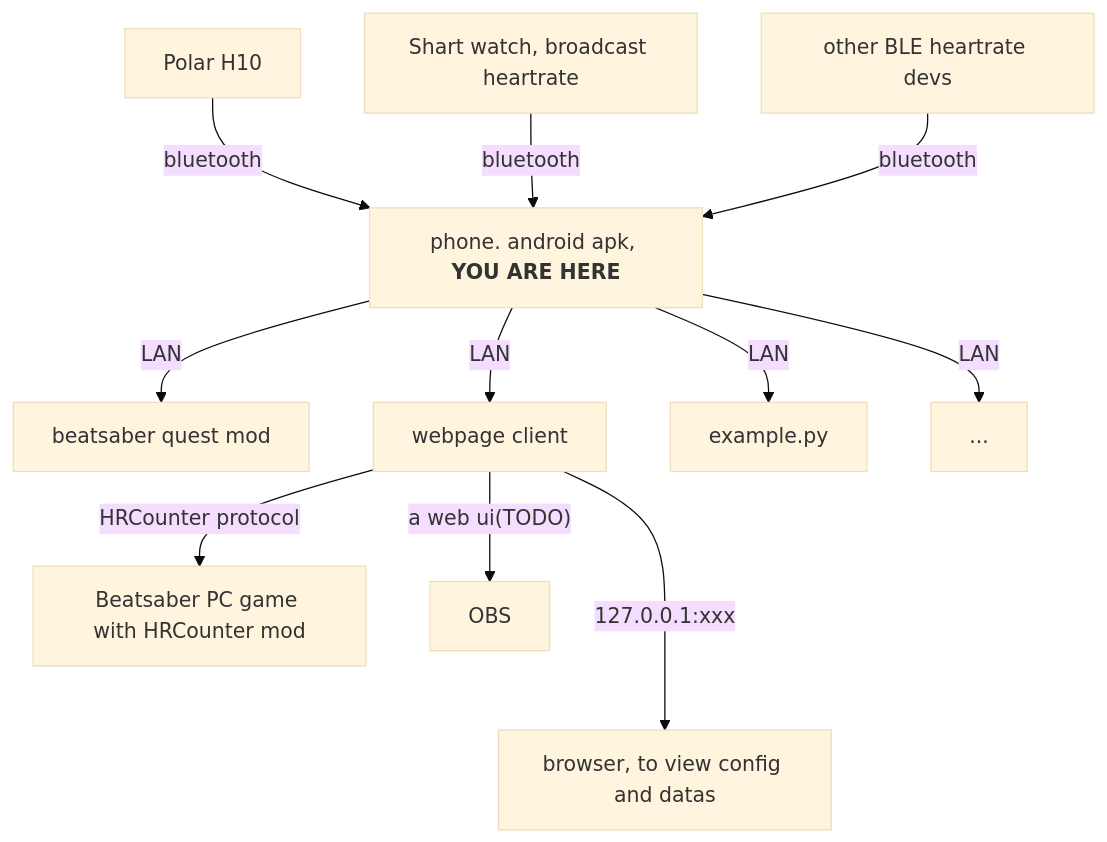
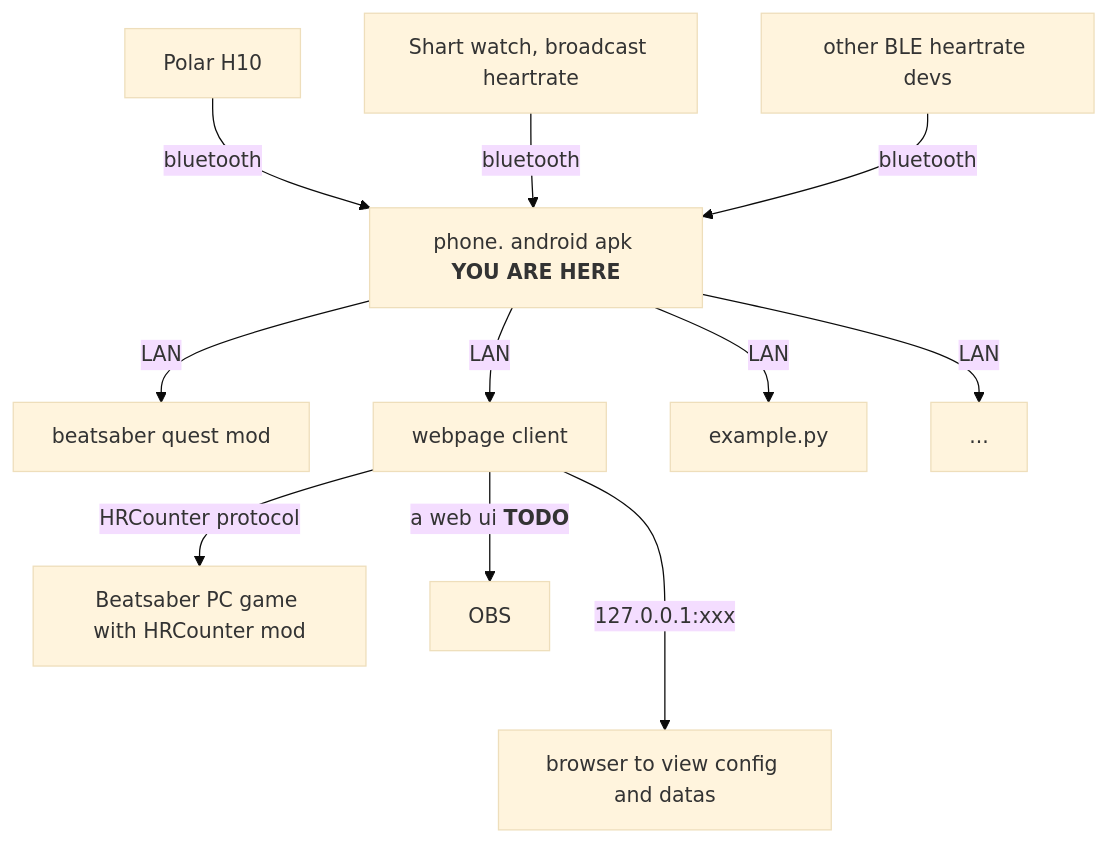
The diagram in README.md (frto027/HeartbeatLanServer), drawn with Mermaid (base theme) before and after one commit.

````diff
--- a/README.md
+++ b/README.md
@@ -13,24 +13,24 @@
 ```mermaid
 graph TD;
     POLAR_H10[Polar H10]
     SMART_WATCH[Shart watch, broadcast heartrate]
     BLE_DEV[other BLE heartrate devs]
-    PHONE[phone. android apk, <b>YOU ARE HERE</b>]
+    PHONE[phone. android apk <b>YOU ARE HERE</b>]
     BEATSABER[beatsaber quest mod]
     PCAPP[webpage client]
     BEATSABER_PC[Beatsaber PC game with HRCounter mod]
-    BROWSER[browser, to view config and datas]
+    BROWSER[browser to view config and datas]
 
     POLAR_H10--bluetooth-->PHONE;
     SMART_WATCH--bluetooth-->PHONE;
     BLE_DEV--bluetooth-->PHONE;
     PHONE--LAN-->example.py;
     PHONE--LAN-->BEATSABER;
     PHONE--LAN-->PCAPP;
     PHONE--LAN-->...;
 
     PCAPP--127.0.0.1:xxxx-->BROWSER;
     PCAPP--HRCounter protocol-->BEATSABER_PC;
-    PCAPP--a web ui(TODO)-->OBS
+    PCAPP--a web ui <b>TODO</b> -->OBS
 
 ```
````
